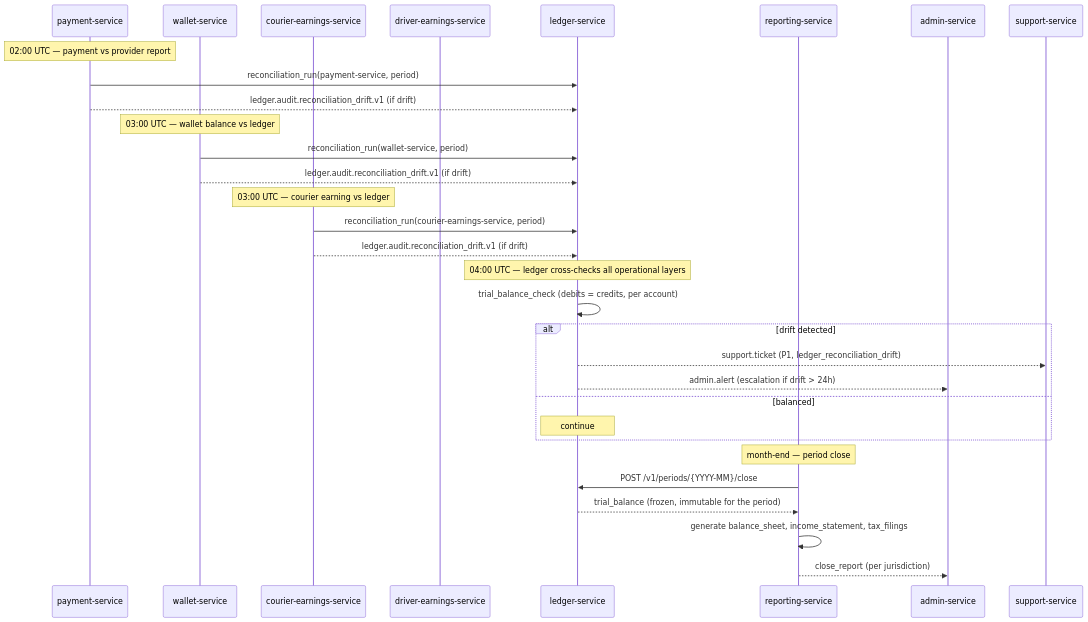
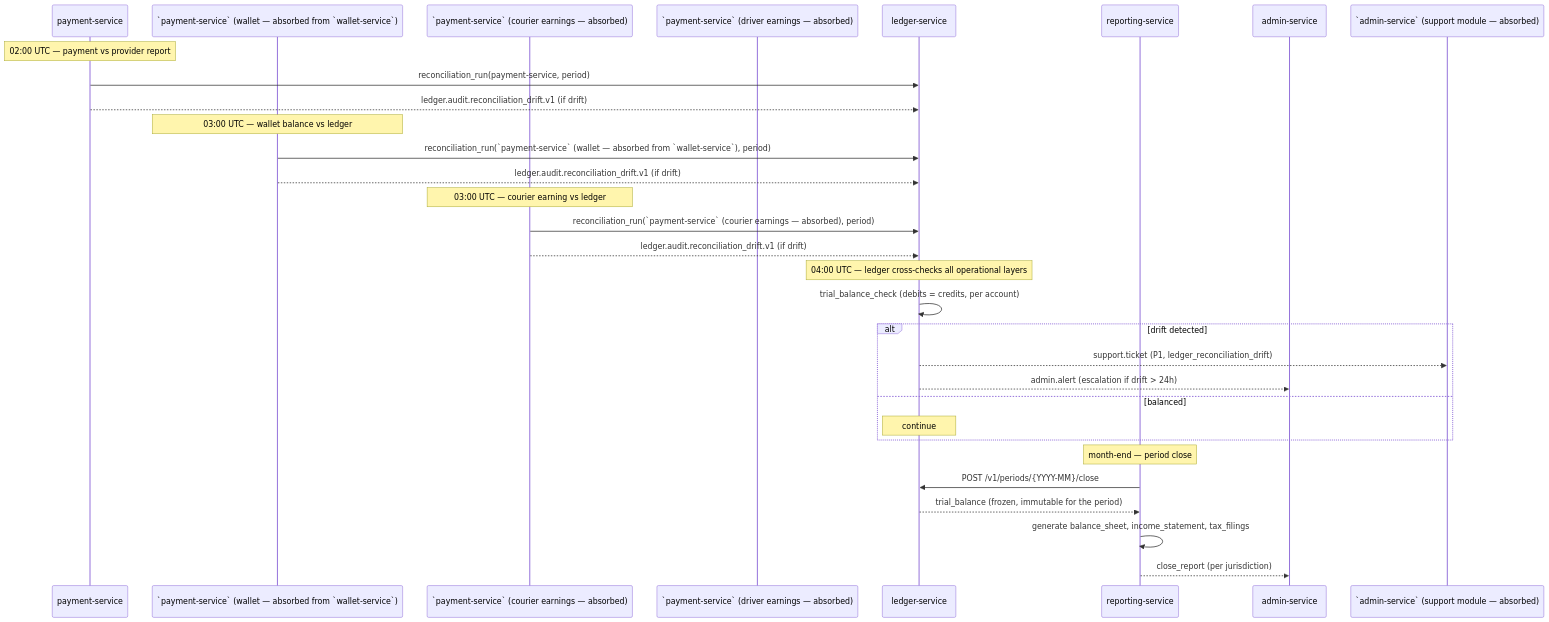
One commit to mohamedhabibwork/trips-enjoy-docs changed the ninth of 9 diagrams in docs/workflows/ACCOUNTING_WORKFLOWS.md. Above: the diagram before and after it, drawn with Mermaid. The commit also changed other lines of this file and 525 other files, not shown here.

````diff
--- a/docs/workflows/ACCOUNTING_WORKFLOWS.md
+++ b/docs/workflows/ACCOUNTING_WORKFLOWS.md
@@ -459,34 +459,34 @@
 ```mermaid
 sequenceDiagram
     participant PAY as payment-service
-    participant WLT as wallet-service
-    participant CE as courier-earnings-service
-    participant DE as driver-earnings-service
+    participant WLT as `payment-service` (wallet — absorbed from `wallet-service`)
+    participant CE as `payment-service` (courier earnings — absorbed)
+    participant DE as `payment-service` (driver earnings — absorbed)
     participant LD as ledger-service
     participant REP as reporting-service
     participant ADM as admin-service
-    participant SUP as support-service
+    participant SUP as `admin-service` (support module — absorbed)
 
     Note over PAY: 02:00 UTC — payment vs provider report
     PAY->>LD: reconciliation_run(payment-service, period)
     PAY-->>LD: ledger.audit.reconciliation_drift.v1 (if drift)
     Note over WLT: 03:00 UTC — wallet balance vs ledger
-    WLT->>LD: reconciliation_run(wallet-service, period)
+    WLT->>LD: reconciliation_run(`payment-service` (wallet — absorbed from `wallet-service`), period)
     WLT-->>LD: ledger.audit.reconciliation_drift.v1 (if drift)
     Note over CE: 03:00 UTC — courier earning vs ledger
-    CE->>LD: reconciliation_run(courier-earnings-service, period)
+    CE->>LD: reconciliation_run(`payment-service` (courier earnings — absorbed), period)
     CE-->>LD: ledger.audit.reconciliation_drift.v1 (if drift)
     Note over LD: 04:00 UTC — ledger cross-checks all operational layers
     LD->>LD: trial_balance_check (debits = credits, per account)
     alt drift detected
         LD-->>SUP: support.ticket (P1, ledger_reconciliation_drift)
         LD-->>ADM: admin.alert (escalation if drift > 24h)
     else balanced
         Note over LD: continue
     end
     Note over REP: month-end — period close
     REP->>LD: POST /v1/periods/{YYYY-MM}/close
     LD-->>REP: trial_balance (frozen, immutable for the period)
     REP->>REP: generate balance_sheet, income_statement, tax_filings
     REP-->>ADM: close_report (per jurisdiction)
 ```
````
